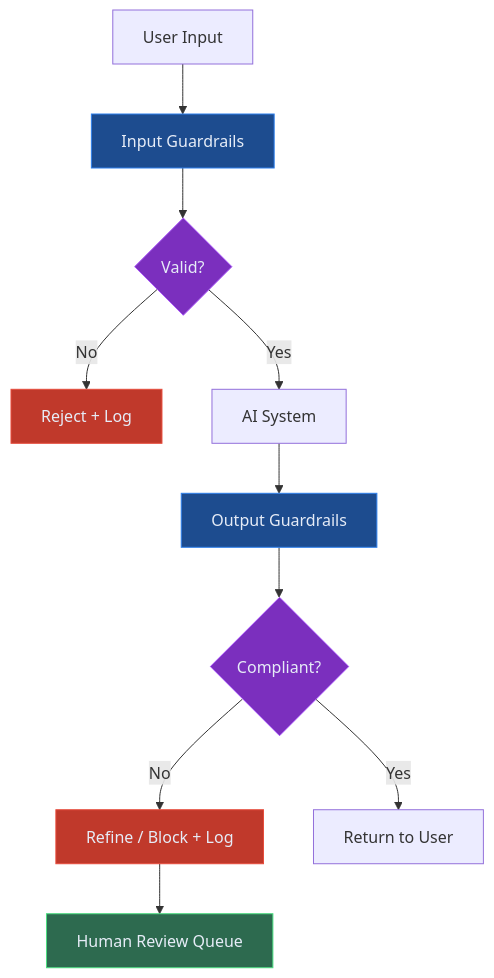
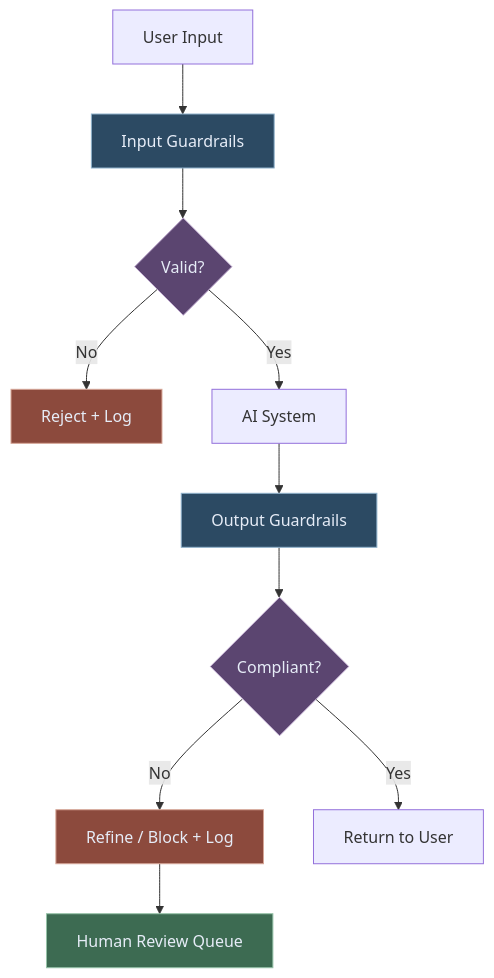
The first of 5 diagrams in blog/guardrails-for-enterprise-ai.md (lorvexai/lorvexai), drawn with Mermaid before and after one commit. The commit also changed other lines of this file and 16 other files, not shown here.

First line of the commit message:
Retune hardcoded Mermaid node colors to match the site palette

````diff
--- a/blog/guardrails-for-enterprise-ai.md
+++ b/blog/guardrails-for-enterprise-ai.md
@@ -32,20 +32,20 @@
 ```mermaid
 flowchart TD
     U[User Input] --> IG[Input Guardrails]
     IG --> VA{Valid?}
     VA -->|No| RE[Reject + Log]
     VA -->|Yes| SY[AI System]
     SY --> OG[Output Guardrails]
     OG --> OV{Compliant?}
     OV -->|No| RF[Refine / Block + Log]
     OV -->|Yes| RS[Return to User]
     RF --> HR[Human Review Queue]
 
-    style IG fill:#1D4C8F,stroke:#2F80ED,color:#E6ECF7
-    style OG fill:#1D4C8F,stroke:#2F80ED,color:#E6ECF7
-    style VA fill:#7B2FBE,stroke:#a855f7,color:#E6ECF7
-    style OV fill:#7B2FBE,stroke:#a855f7,color:#E6ECF7
-    style RE fill:#C0392B,stroke:#e74c3c,color:#E6ECF7
-    style RF fill:#C0392B,stroke:#e74c3c,color:#E6ECF7
-    style HR fill:#2D6A4F,stroke:#4ade80,color:#E6ECF7
+    style IG fill:#2C4A63,stroke:#8FB2CC,color:#E6ECF7
+    style OG fill:#2C4A63,stroke:#8FB2CC,color:#E6ECF7
+    style VA fill:#5B4570,stroke:#BCA6CC,color:#E6ECF7
+    style OV fill:#5B4570,stroke:#BCA6CC,color:#E6ECF7
+    style RE fill:#8C4A3D,stroke:#D6A697,color:#E6ECF7
+    style RF fill:#8C4A3D,stroke:#D6A697,color:#E6ECF7
+    style HR fill:#3D6B52,stroke:#95C2A8,color:#E6ECF7
 ```
````
